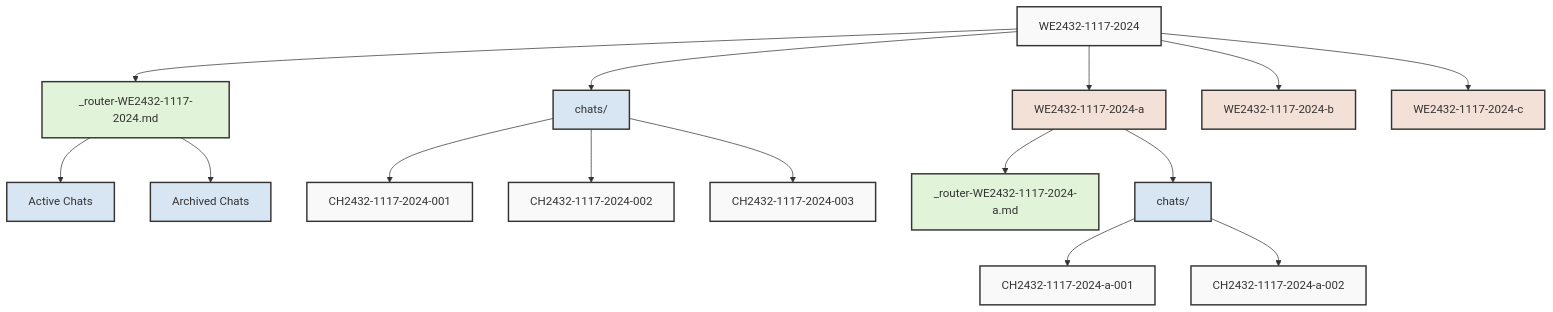
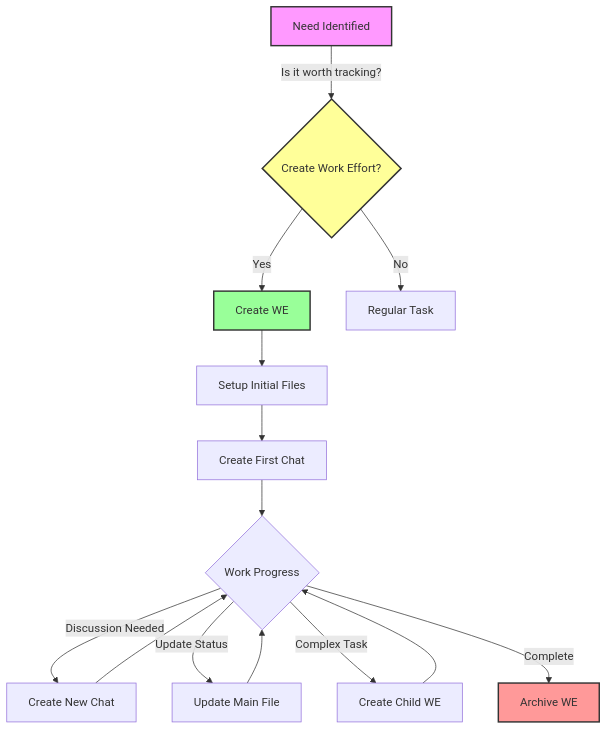
Before and after one commit to ctavolazzi/quartz: the first of 3 diagrams in content/Work Effort Implementation Guidelines.md, drawn with Mermaid. The commit also changed other lines of this file and 2 other files, not shown here.

````diff
--- a/content/Work Effort Implementation Guidelines.md
+++ b/content/Work Effort Implementation Guidelines.md
@@ -521,35 +55,25 @@
 ```mermaid
 graph TD
-    %% Main Work Effort
-    WE[WE2432-1117-2024] --> Router[_router-WE2432-1117-2024.md]
-    WE --> Chats[chats/]
-    WE --> Child1[WE2432-1117-2024-a]
-    WE --> Child2[WE2432-1117-2024-b]
-    WE --> Child3[WE2432-1117-2024-c]
+    A[Need Identified] -->|Is it worth tracking?| B{Create Work Effort?}
+    B -->|Yes| C[Create WE]
+    B -->|No| D[Regular Task]
 
-    %% Router Connections
-    Router --> ActiveChats[Active Chats]
-    Router --> ArchivedChats[Archived Chats]
+    C --> E[Setup Initial Files]
+    E --> F[Create First Chat]
 
-    %% Chat Directory
-    Chats --> CH1[CH2432-1117-2024-001]
-    Chats --> CH2[CH2432-1117-2024-002]
-    Chats --> CH3[CH2432-1117-2024-003]
+    F --> G{Work Progress}
+    G -->|Discussion Needed| H[Create New Chat]
+    G -->|Update Status| I[Update Main File]
+    G -->|Complex Task| J[Create Child WE]
 
-    %% Child Work Efforts
-    Child1 --> Child1Router[_router-WE2432-1117-2024-a.md]
-    Child1 --> Child1Chats[chats/]
-    Child1Chats --> CH1_1[CH2432-1117-2024-a-001]
-    Child1Chats --> CH1_2[CH2432-1117-2024-a-002]
+    H --> G
+    I --> G
+    J --> G
 
-    %% Styling
-    classDef default fill:#f9f9f9,stroke:#333,stroke-width:2px;
-    classDef router fill:#e1f3d8,stroke:#333,stroke-width:2px;
-    classDef chats fill:#d8e5f3,stroke:#333,stroke-width:2px;
-    classDef child fill:#f3e1d8,stroke:#333,stroke-width:2px;
+    G -->|Complete| K[Archive WE]
 
-    class WE default;
-    class Router,Child1Router router;
-    class Chats,Child1Chats,ActiveChats,ArchivedChats chats;
-    class Child1,Child2,Child3 child;
+    style A fill:#f9f,stroke:#333,stroke-width:2px
+    style B fill:#ff9,stroke:#333,stroke-width:2px
+    style C fill:#9f9,stroke:#333,stroke-width:2px
+    style K fill:#f99,stroke:#333,stroke-width:2px
 ```
````
